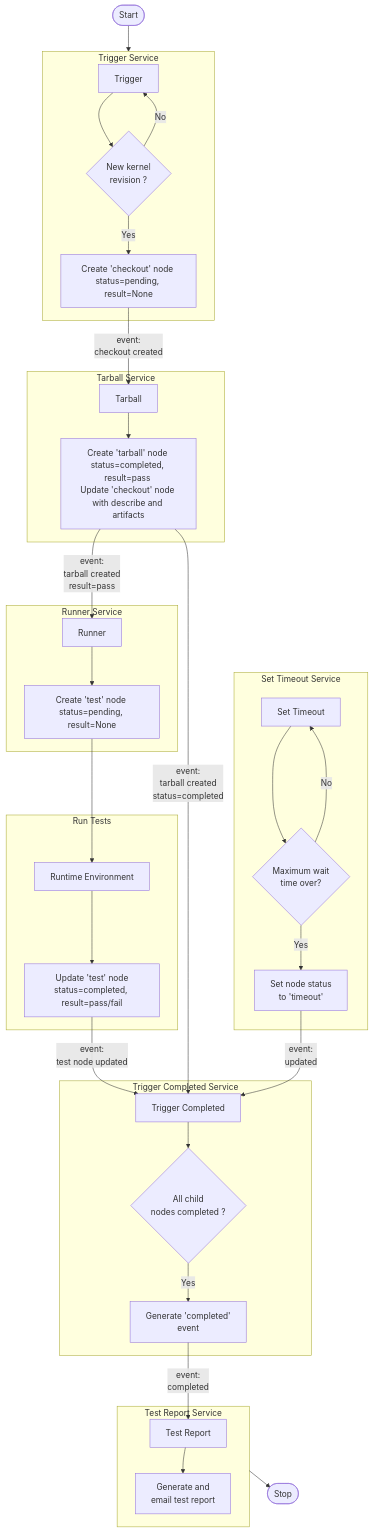
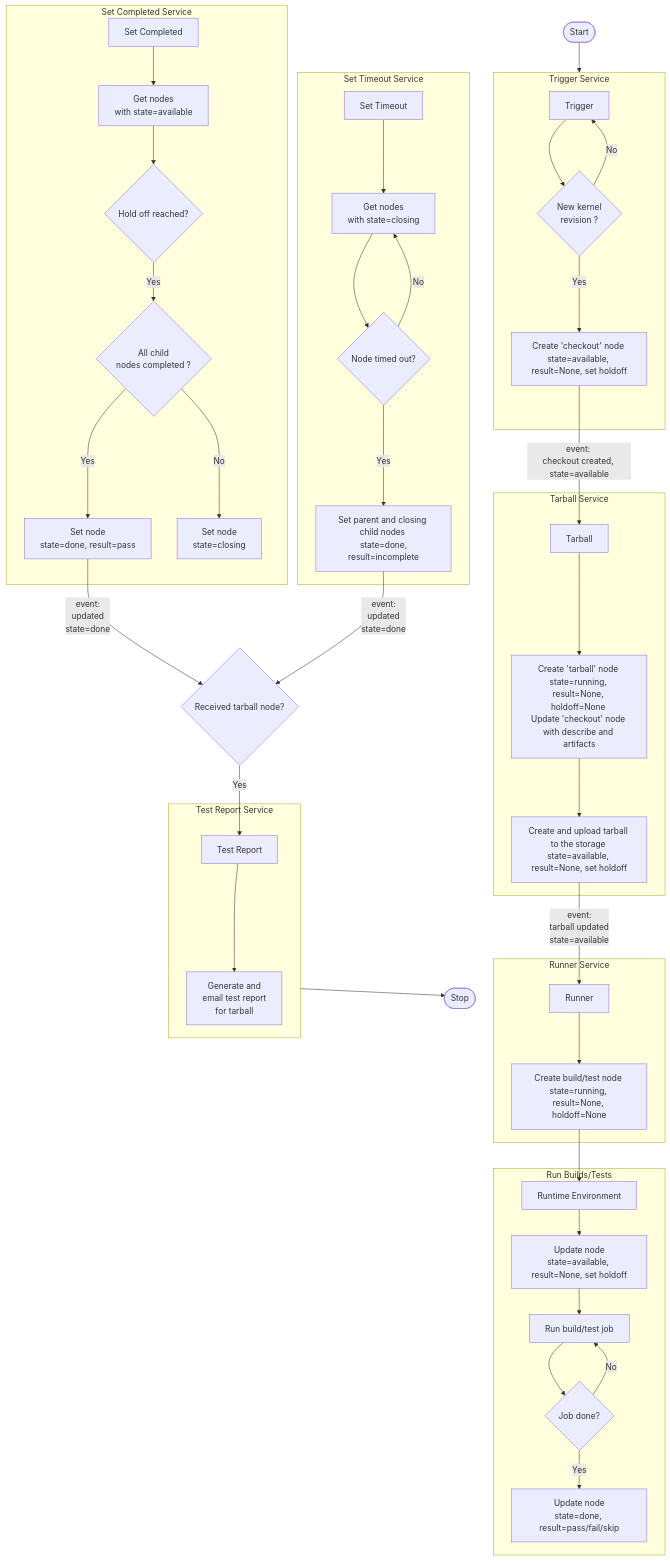
One commit to kernelci/kernelci-api changed the diagram in doc/pipeline-details.md. Above: the diagram before and after it, drawn with Mermaid. The commit also changed other lines of this file, not shown here.

Commit message:
pipeline-details: add new node fields and client script changes
Add new node fields as per the latest schema to
flow diagram. Also, modify diagram and description
as per the new changes to client scripts.

````diff
--- a/doc/pipeline-details.md
+++ b/doc/pipeline-details.md
@@ -12,37 +12,47 @@
 ```mermaid
 flowchart
     start([Start]) --> trigger_service
     subgraph trigger_service[Trigger Service]
         trigger[Trigger] --> kernel_revision{New kernel <br/>revision ?}
         kernel_revision --> |No| trigger
-        kernel_revision --> |Yes| checkout[Create 'checkout' node <br />status=pending, result=None]
+        kernel_revision --> |Yes| checkout[Create 'checkout' node <br />state=available, result=None, set holdoff]
     end
     subgraph tarball_service[Tarball Service]
-        checkout --> |event: <br />checkout created| tarball[Tarball]
-        tarball --> tarball_node[Create 'tarball' node <br />status=completed, result=pass <br />Update 'checkout' node <br />with describe and artifacts]
+        checkout --> |event: <br />checkout created, state=available| tarball[Tarball]
+        tarball --> tarball_node[Create 'tarball' node <br />state=running, result=None, holdoff=None <br />Update 'checkout' node <br />with describe and artifacts]
+        tarball_node --> upload_tarball[Create and upload tarball to the storage <br />state=available, result=None, set holdoff]
     end
     subgraph runner_service[Runner Service]
-        tarball_node --> |event: <br />tarball created <br />result=pass| runner[Runner]
-        runner --> test_node[Create 'test' node <br />status=pending, result=None]
+        upload_tarball --> |event: <br />tarball updated <br />state=available| runner[Runner]
+        runner --> runner_node[Create build/test node <br />state=running, result=None, holdoff=None]
     end
-    subgraph Run Tests
-        test_node --> runtime[Runtime Environment]
-        runtime --> update_test[Update 'test' node<br />status=completed, result=pass/fail]
+    subgraph Run Builds/Tests
+        runner_node --> runtime[Runtime Environment]
+        runtime --> set_available[Update node<br />state=available, result=None, set holdoff]
+        set_available --> run_job[Run build/test job]
+        run_job --> job_done{Job done?}       
+        job_done --> |Yes| pass_runner_node[Update node<br />state=done, result=pass/fail/skip]
+        job_done --> |No| run_job
     end
-    subgraph trigger_completed_service[Trigger Completed Service]
-        update_test --> |event: <br />test node updated| trigger_completed[Trigger Completed]
-        trigger_completed --> node_completed{All child <br />nodes completed ?}
-        node_completed --> |Yes| generate_completed[Generate 'completed' <br />event]
+    subgraph set_completed_service[Set Completed Service]
+        get_closing_parent_nodes[Get nodes <br /> with state=available]
+        set_completed[Set Completed] --> get_closing_parent_nodes
+        get_closing_parent_nodes --> hold_off_reached{Hold off reached?}
+        hold_off_reached --> |Yes| node_completed{All child <br />nodes completed ?}
+        node_completed --> |Yes| generate_completed[Set node <br />state=done, result=pass]
+        node_completed --> |No| set_closing[Set node <br />state=closing]
     end
-    tarball_node --> |event: <br />tarball created <br />status=completed| trigger_completed
     subgraph test_report_service[Test Report Service]
-        generate_completed --> |event: <br />completed| test_report[Test Report]
-        test_report --> email_report[Generate and <br />email test report]
+        test_report[Test Report] --> email_report[Generate and <br />email test report <br />for tarball]
     end
     subgraph set_timeout_service[Set Timeout Service]
-        set_timeout[Set Timeout] --> max_wait_time{Maximum wait <br/>time over?} --> |Yes| set_status[Set node status <br />to 'timeout']
-        max_wait_time --> |No| set_timeout[Set Timeout]
-        set_status --> |event: <br />updated| trigger_completed
+        set_timeout[Set Timeout] --> get_incomplete_nodes
+        get_incomplete_nodes[Get nodes <br /> with state=closing] --> timeout
+        timeout{Node timed out?} --> |Yes| set_incomplete[Set parent and closing child nodes <br /> state=done, result=incomplete]
+        timeout --> |No| get_incomplete_nodes
     end
+    generate_completed --> |event: <br />updated <br /> state=done| received_tarball
+    set_incomplete --> |event: <br />updated <br /> state=done| received_tarball
+    received_tarball{Received tarball node? } --> |Yes| test_report
     test_report_service --> stop([Stop])
 ```
````
